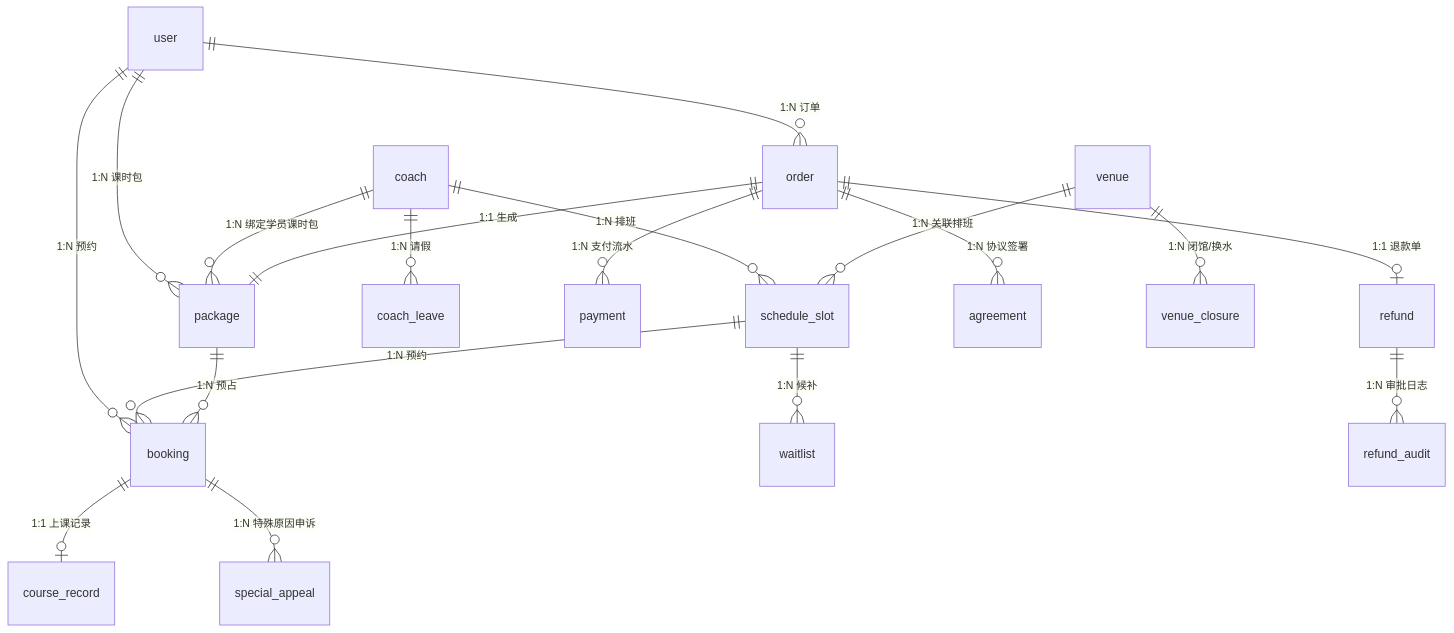
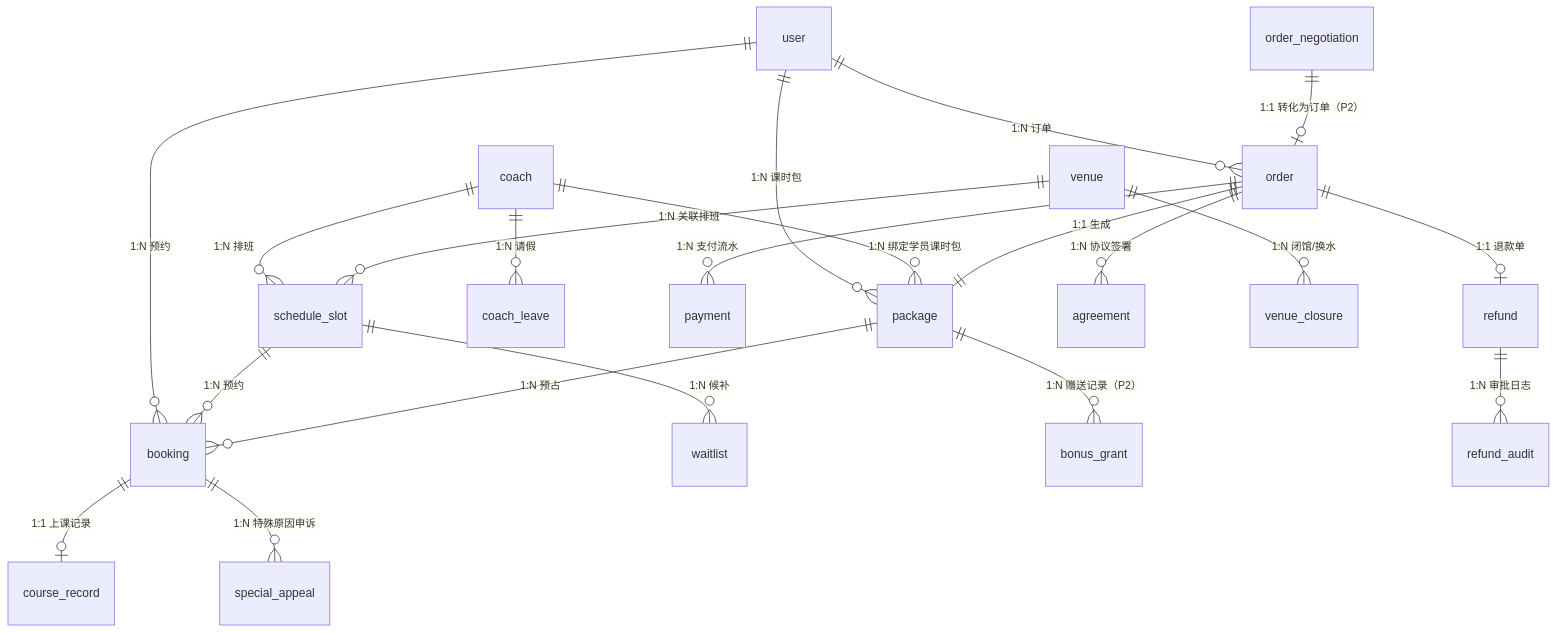
Before and after one commit to Wp69qM/leyoSwimming: the diagram in readme_v11_prd_final.md, drawn with Mermaid. The commit also changed other lines of this file, not shown here.

````diff
--- a/readme_v11_prd_final.md
+++ b/readme_v11_prd_final.md
@@ -1042,27 +1108,29 @@
 ```mermaid
 erDiagram
     user ||--o{ package : "1:N 课时包"
     user ||--o{ order : "1:N 订单"
     user ||--o{ booking : "1:N 预约"
 
     coach ||--o{ schedule_slot : "1:N 排班"
     coach ||--o{ coach_leave : "1:N 请假"
     coach ||--o{ package : "1:N 绑定学员课时包"
 
     schedule_slot ||--o{ booking : "1:N 预约"
     schedule_slot ||--o{ waitlist : "1:N 候补"
 
     package ||--o{ booking : "1:N 预占"
+    package ||--o{ bonus_grant : "1:N 赠送记录（P2）"
     order ||--|| package : "1:1 生成"
     order ||--o{ payment : "1:N 支付流水"
     order ||--o| refund : "1:1 退款单"
     order ||--o{ agreement : "1:N 协议签署"
+    order_negotiation ||--o| order : "1:1 转化为订单（P2）"
 
     venue ||--o{ venue_closure : "1:N 闭馆/换水"
     venue ||--o{ schedule_slot : "1:N 关联排班"
 
     booking ||--o| course_record : "1:1 上课记录"
     booking ||--o{ special_appeal : "1:N 特殊原因申诉"
 
     refund ||--o{ refund_audit : "1:N 审批日志"
 ```
````
